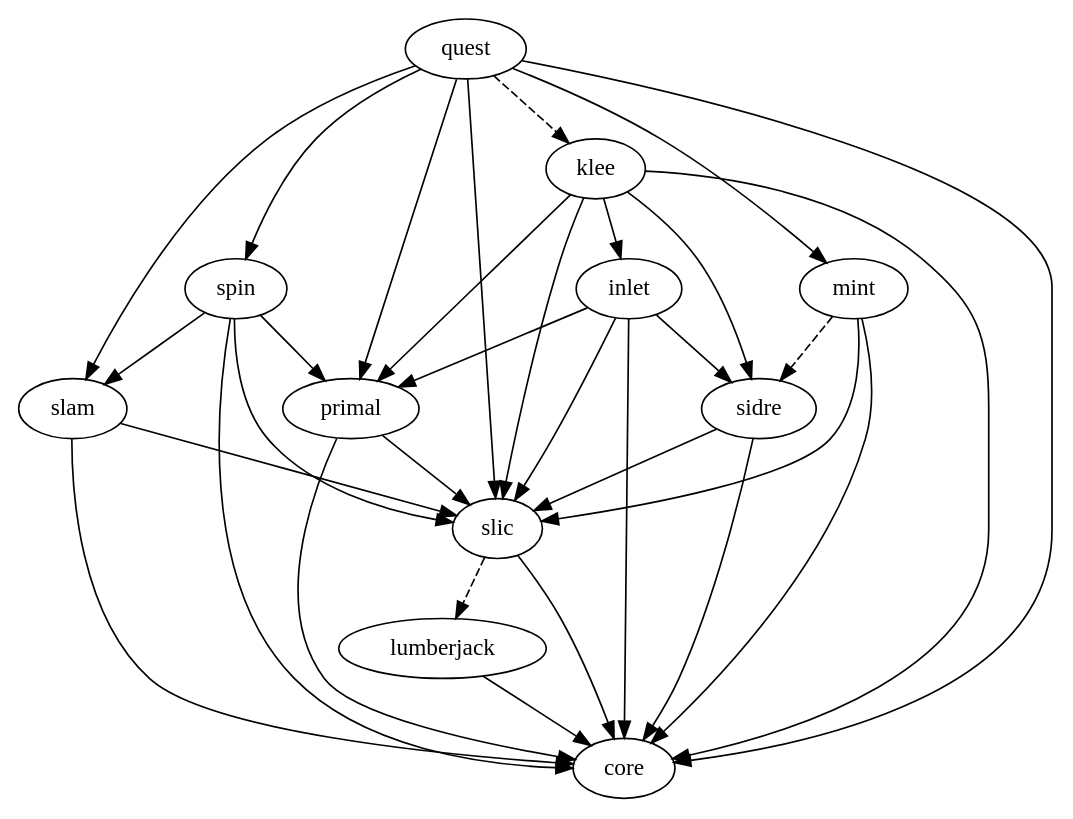
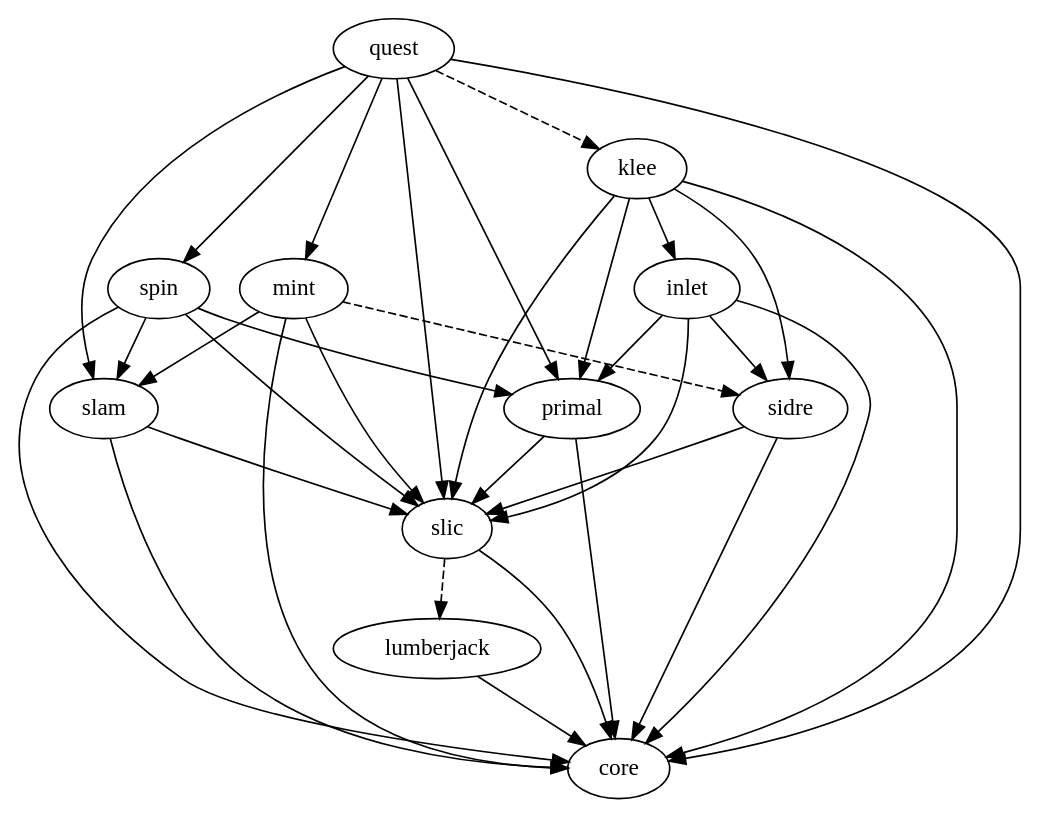
One commit to LLNL/axom changed the diagram in src/docs/dependencies.dot. Above: the diagram before and after it, drawn with Graphviz. The commit also changed 3 other files, not shown here.

```diff
--- a/src/docs/dependencies.dot
+++ b/src/docs/dependencies.dot
@@ -1,13 +1,14 @@
 digraph dependencies {
   quest -> {slam primal mint spin};
   quest -> klee [style="dashed"];
   {inlet klee mint primal quest slam spin} -> {slic core};
+  mint -> slam
   mint -> sidre [style="dashed"];
   spin -> {slam primal};
   sidre -> {slic core};
   slic -> core;
   slic -> lumberjack [style="dashed"];
   lumberjack -> core;
   inlet -> {sidre primal};
   klee -> {sidre primal inlet};
 }
```
